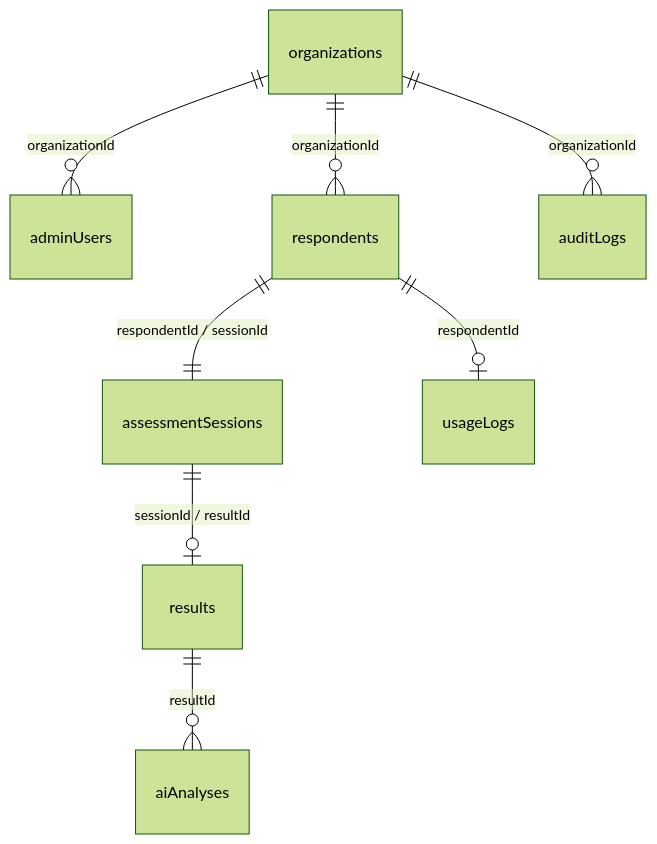
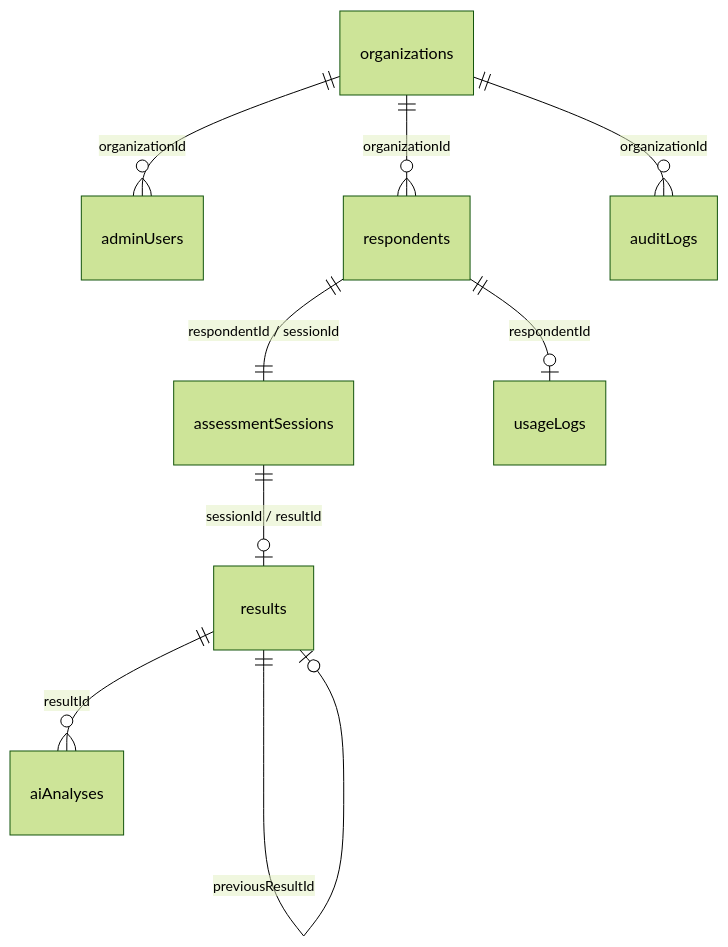
The diagram in docs/基本設計/00_共通定義.md (tanukichiyamaguchi/Tekisei-Kensa), drawn with Mermaid (forest theme) before and after one commit. The commit also changed other lines of this file and 46 other files, not shown here.

````diff
--- a/docs/基本設計/00_共通定義.md
+++ b/docs/基本設計/00_共通定義.md
@@ -473,10 +498,11 @@
 ```mermaid
 erDiagram
     organizations ||--o{ adminUsers : "organizationId"
     organizations ||--o{ respondents : "organizationId"
     respondents ||--|| assessmentSessions : "respondentId / sessionId"
     assessmentSessions ||--o| results : "sessionId / resultId"
     results ||--o{ aiAnalyses : "resultId"
+    results ||--o| results : "previousResultId"
     respondents ||--o| usageLogs : "respondentId"
     organizations ||--o{ auditLogs : "organizationId"
 ```
````
